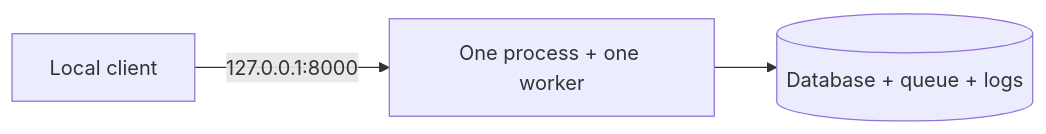
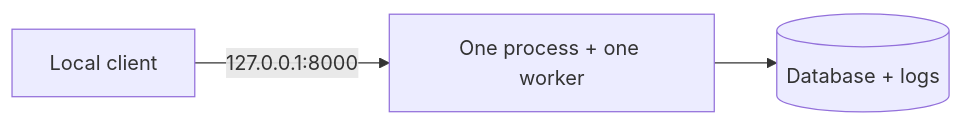
Before and after one commit to b-a-merritt/msse692: the diagram in docs/deployment_guide.md, drawn with Mermaid. The commit also changed other lines of this file and 90 other files, not shown here.

````diff
--- a/docs/deployment_guide.md
+++ b/docs/deployment_guide.md
@@ -7,5 +7,5 @@
 ```mermaid
 flowchart LR
     C[Local client] -->|127.0.0.1:8000| P[One process + one worker]
-    P --> D[(Database + queue + logs)]
+    P --> D[(Database + logs)]
 ```
````
